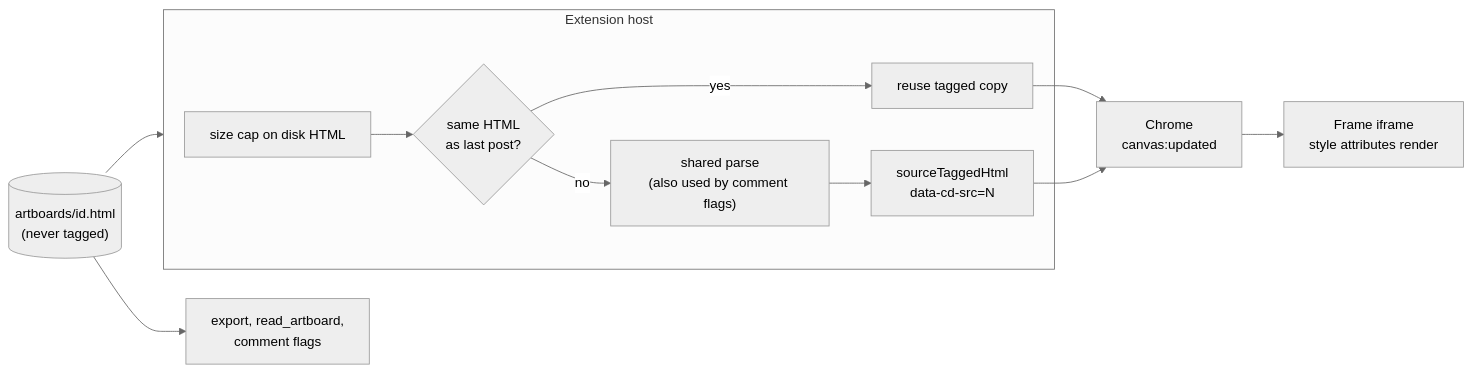
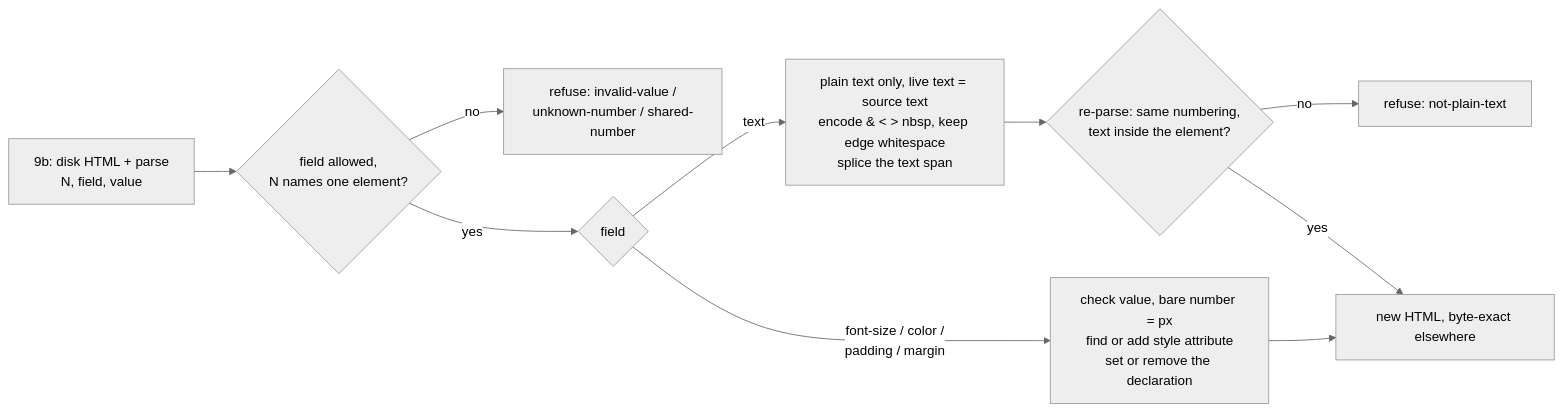
One commit to MarekBombera/cursor-design-extension changed the diagram in blueprint/context/current-feature-overview.md. Above: the diagram before and after it, drawn with Mermaid (neutral theme). The commit also changed other lines of this file and 13 other files, not shown here.

First line of the commit message:
feat: 9b edit core for byte-exact text and inline-style edits

````diff
--- a/blueprint/context/current-feature-overview.md
+++ b/blueprint/context/current-feature-overview.md
@@ -16,13 +14,12 @@
 ```mermaid
 flowchart LR
-  Disk[("artboards/id.html<br/>(never tagged)")] --> Host
-  subgraph Host["Extension host"]
-    Cap["size cap on disk HTML"] --> Memo{"same HTML<br/>as last post?"}
-    Memo -- yes --> Reuse["reuse tagged copy"]
-    Memo -- no --> Parse["shared parse<br/>(also used by comment flags)"] --> Tag["sourceTaggedHtml<br/>data-cd-src=N"]
-  end
-  Reuse --> Chrome["Chrome<br/>canvas:updated"]
-  Tag --> Chrome
-  Chrome --> Frame["Frame iframe<br/>style attributes render"]
-  Disk --> Export["export, read_artboard,<br/>comment flags"]
+  In["9b: disk HTML + parse<br/>N, field, value"] --> Guard{"field allowed,<br/>N names one element?"}
+  Guard -- no --> R1["refuse: invalid-value /<br/>unknown-number / shared-number"]
+  Guard -- yes --> Kind{field}
+  Kind -- text --> T["plain text only, live text = source text<br/>encode & < > nbsp, keep edge whitespace<br/>splice the text span"]
+  T --> RP{"re-parse: same numbering,<br/>text inside the element?"}
+  RP -- no --> R2["refuse: not-plain-text"]
+  RP -- yes --> Out
+  Kind -- "font-size / color /<br/>padding / margin" --> S["check value, bare number = px<br/>find or add style attribute<br/>set or remove the declaration"]
+  S --> Out["new HTML, byte-exact elsewhere"]
 ```
````
